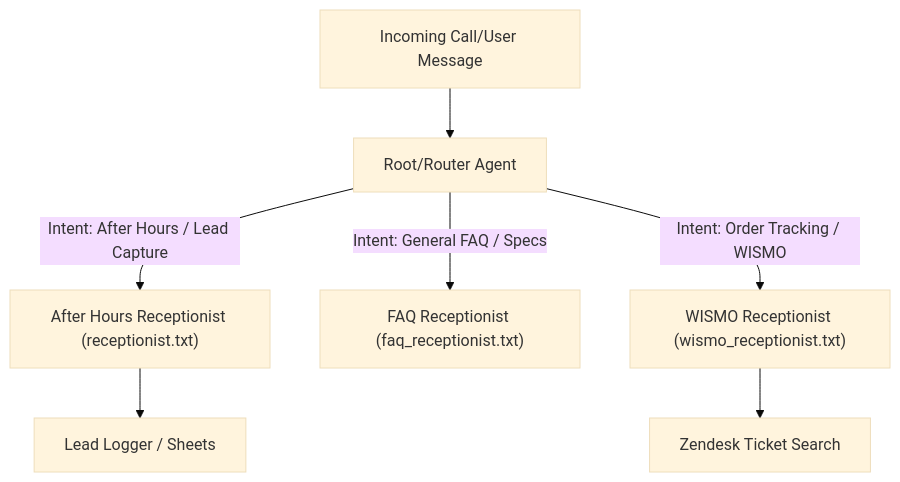
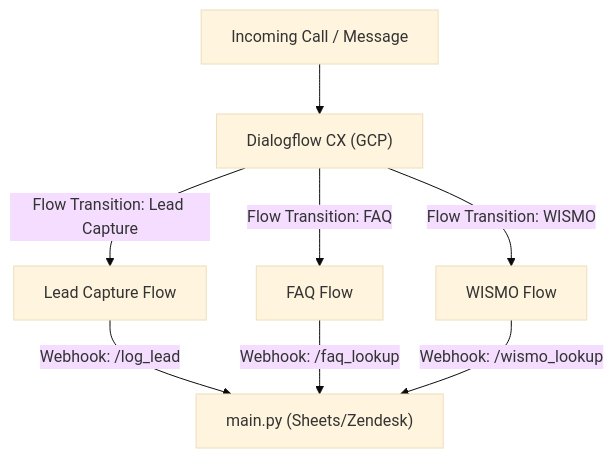
One commit to dnguyen029/antigravity-project changed the diagram in implementation_plan.md. Above: the diagram before and after it, drawn with Mermaid (base theme). The commit also changed other lines of this file and 6 other files, not shown here.

Commit message:
feat: implement WISMO order tracking and FAQ lookup webhooks in main server

````diff
--- a/implementation_plan.md
+++ b/implementation_plan.md
@@ -17,10 +12,11 @@
 ```mermaid
 graph TD
-    A["Incoming Call/User Message"] --> B["Root/Router Agent"]
-    B -->|Intent: After Hours / Lead Capture| C["After Hours Receptionist (receptionist.txt)"]
-    B -->|Intent: General FAQ / Specs| D["FAQ Receptionist (faq_receptionist.txt)"]
-    B -->|Intent: Order Tracking / WISMO| E["WISMO Receptionist (wismo_receptionist.txt)"]
-    
-    C --> F["Lead Logger / Sheets"]
-    E --> G["Zendesk Ticket Search"]
+    A["Incoming Call / Message"] --> B["Dialogflow CX (GCP)"]
+    B -->|Flow Transition: Lead Capture| C["Lead Capture Flow"]
+    B -->|Flow Transition: FAQ| D["FAQ Flow"]
+    B -->|Flow Transition: WISMO| E["WISMO Flow"]
+
+    C -->|Webhook: /log_lead| F["main.py (Sheets/Zendesk)"]
+    D -->|Webhook: /faq_lookup| F
+    E -->|Webhook: /wismo_lookup| F
 ```
````
